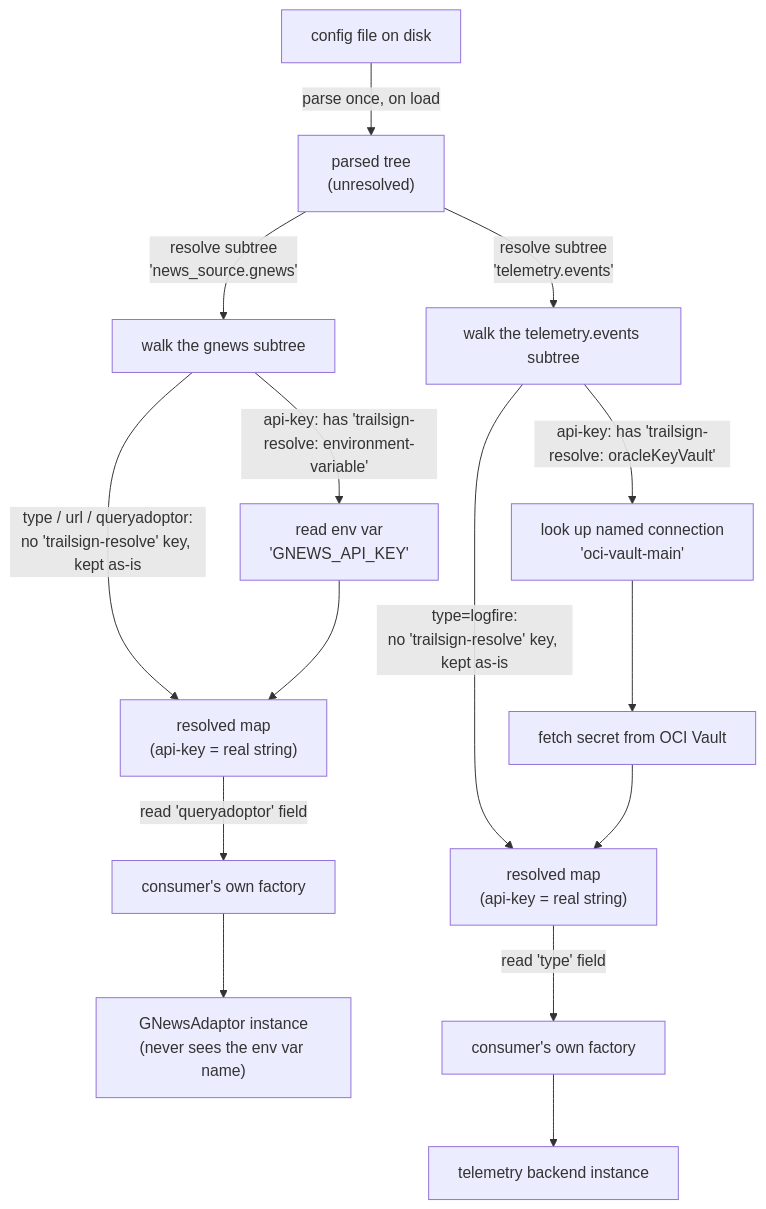
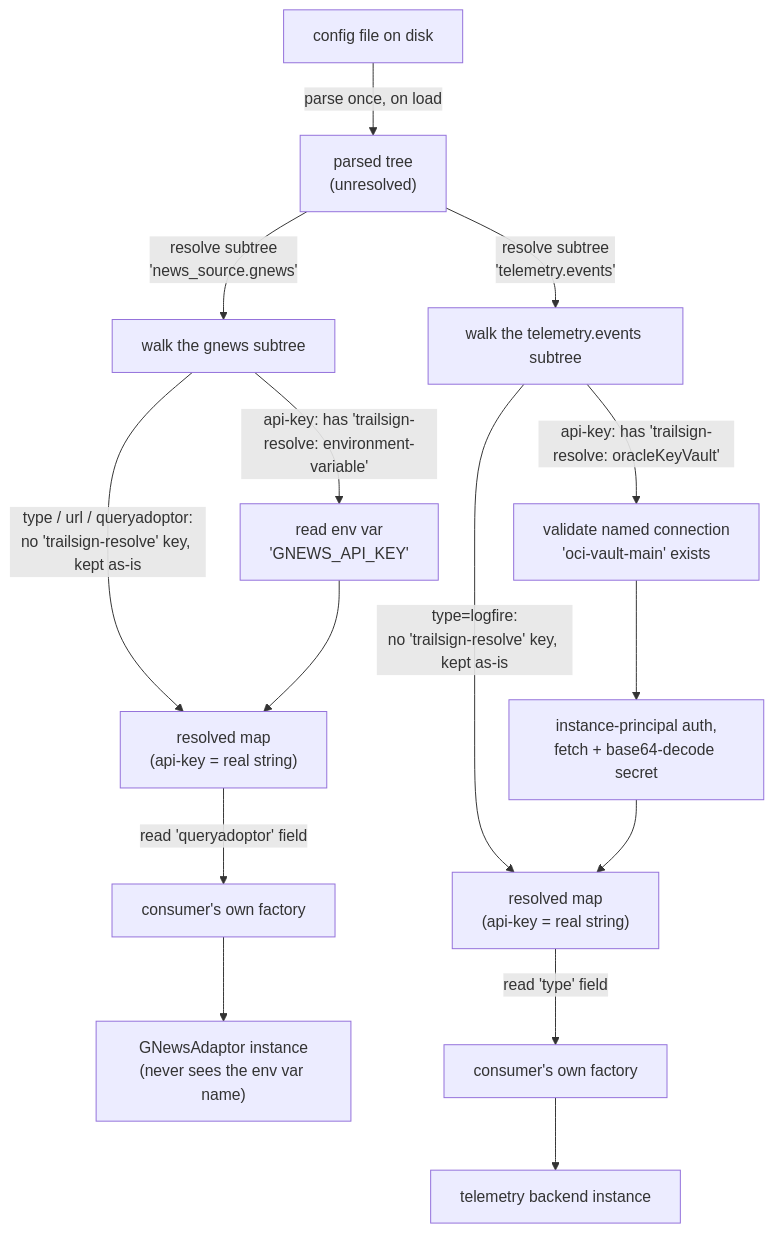
The second of 2 diagrams in docs/design.md (nankma/trailsign), drawn with Mermaid before and after one commit. The commit also changed other lines of this file and 5 other files, not shown here.

````diff
--- a/docs/design.md
+++ b/docs/design.md
@@ -327,19 +343,19 @@
 ```mermaid
 flowchart TD
     YML["config file on disk"] -->|"parse once, on load"| RAW["parsed tree\n(unresolved)"]
 
     RAW -->|"resolve subtree\n'news_source.gnews'"| WALK1["walk the gnews subtree"]
     WALK1 -->|"type / url / queryadoptor:\nno 'trailsign-resolve' key, kept as-is"| RESOLVED1
     WALK1 -->|"api-key: has 'trailsign-resolve: environment-variable'"| ENV["read env var\n'GNEWS_API_KEY'"]
     ENV --> RESOLVED1["resolved map\n(api-key = real string)"]
     RESOLVED1 -->|"read 'queryadoptor' field"| FACTORY1["consumer's own factory"]
     FACTORY1 --> INSTANCE1["GNewsAdaptor instance\n(never sees the env var name)"]
 
     RAW -->|"resolve subtree\n'telemetry.events'"| WALK2["walk the telemetry.events subtree"]
     WALK2 -->|"type=logfire:\nno 'trailsign-resolve' key, kept as-is"| RESOLVED2
-    WALK2 -->|"api-key: has 'trailsign-resolve: oracleKeyVault'"| CRED["look up named connection\n'oci-vault-main'"]
-    CRED --> VAULT["fetch secret from OCI Vault"]
+    WALK2 -->|"api-key: has 'trailsign-resolve: oracleKeyVault'"| CRED["validate named connection\n'oci-vault-main' exists"]
+    CRED --> VAULT["instance-principal auth,\nfetch + base64-decode secret"]
     VAULT --> RESOLVED2["resolved map\n(api-key = real string)"]
     RESOLVED2 -->|"read 'type' field"| FACTORY2["consumer's own factory"]
     FACTORY2 --> INSTANCE2["telemetry backend instance"]
 ```
````
